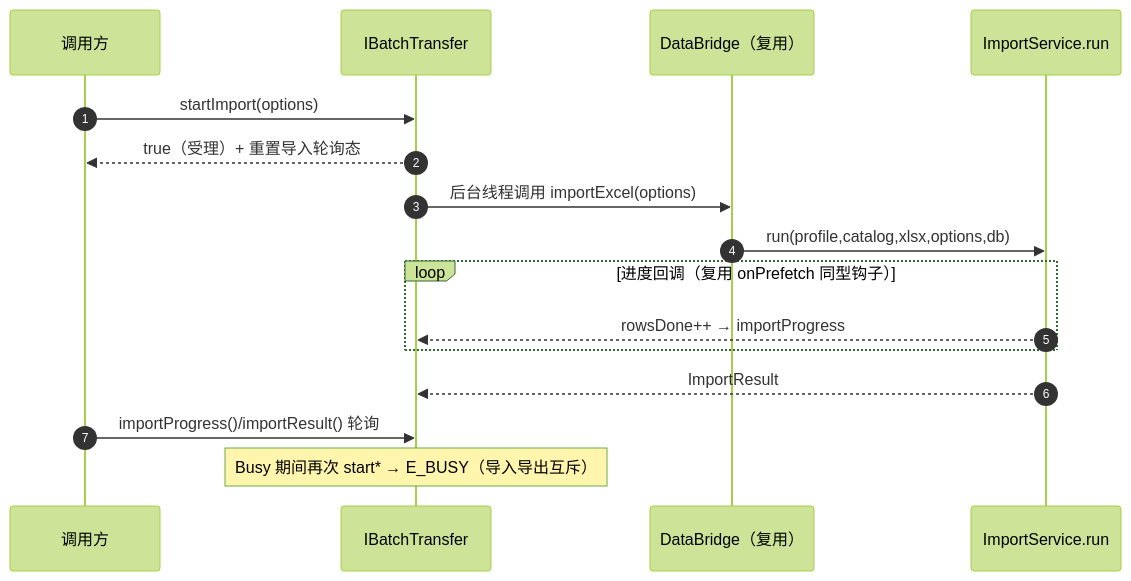
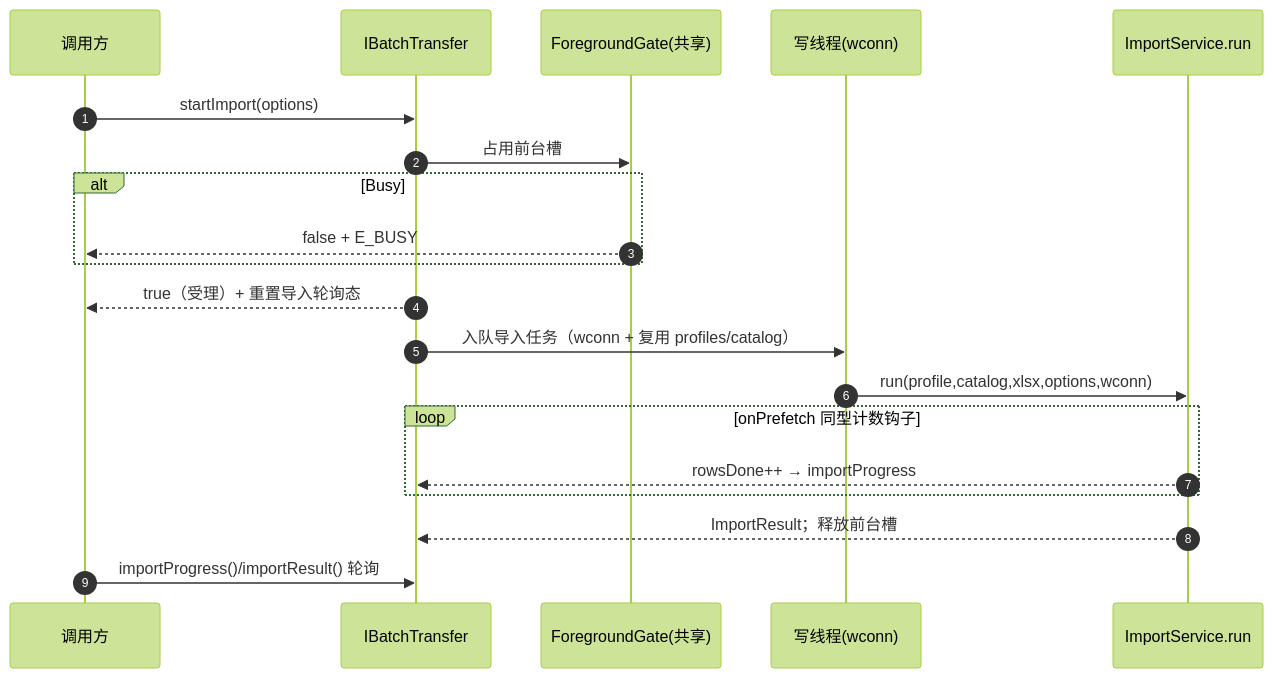
One commit to 055liufl/excelproject changed the ninth of 12 diagrams in specs/SQLite-同步工具-设计文档.md. Above: the diagram before and after it, drawn with Mermaid (forest theme). The commit also changed other lines of this file, not shown here.

````diff
--- a/specs/SQLite-同步工具-设计文档.md
+++ b/specs/SQLite-同步工具-设计文档.md
@@ -766,19 +781,23 @@
 ```mermaid
 sequenceDiagram
     autonumber
     participant App as 调用方
     participant BT as IBatchTransfer
-    participant DB as DataBridge（复用）
+    participant FG as ForegroundGate(共享)
+    participant WK as 写线程(wconn)
     participant IS as ImportService.run
 
     App->>BT: startImport(options)
+    BT->>FG: 占用前台槽
+    alt Busy
+        FG-->>App: false + E_BUSY
+    end
     BT-->>App: true（受理）+ 重置导入轮询态
-    BT->>DB: 后台线程调用 importExcel(options)
-    DB->>IS: run(profile,catalog,xlsx,options,db)
-    loop 进度回调（复用 onPrefetch 同型钩子）
+    BT->>WK: 入队导入任务（wconn + 复用 profiles/catalog）
+    WK->>IS: run(profile,catalog,xlsx,options,wconn)
+    loop onPrefetch 同型计数钩子
         IS-->>BT: rowsDone++ → importProgress
     end
-    IS-->>BT: ImportResult
+    IS-->>BT: ImportResult；释放前台槽
     App->>BT: importProgress()/importResult() 轮询
-    Note over BT: Busy 期间再次 start* → E_BUSY（导入导出互斥）
 ```
````
